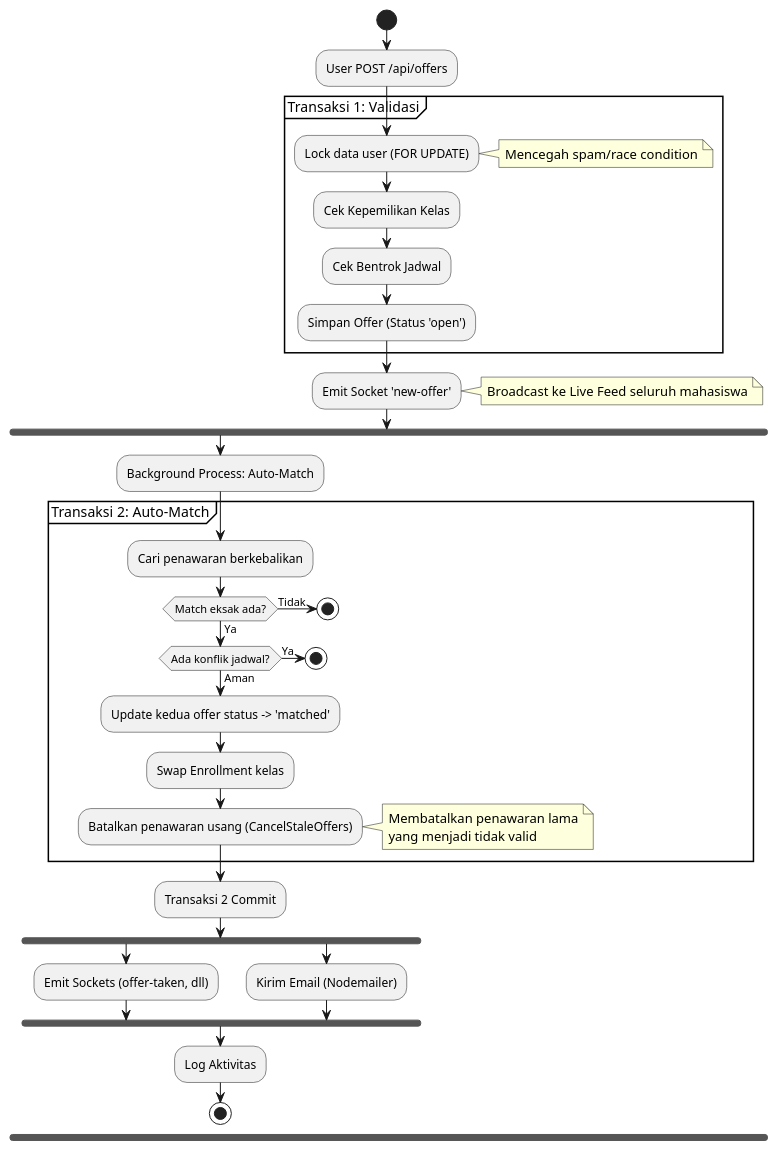
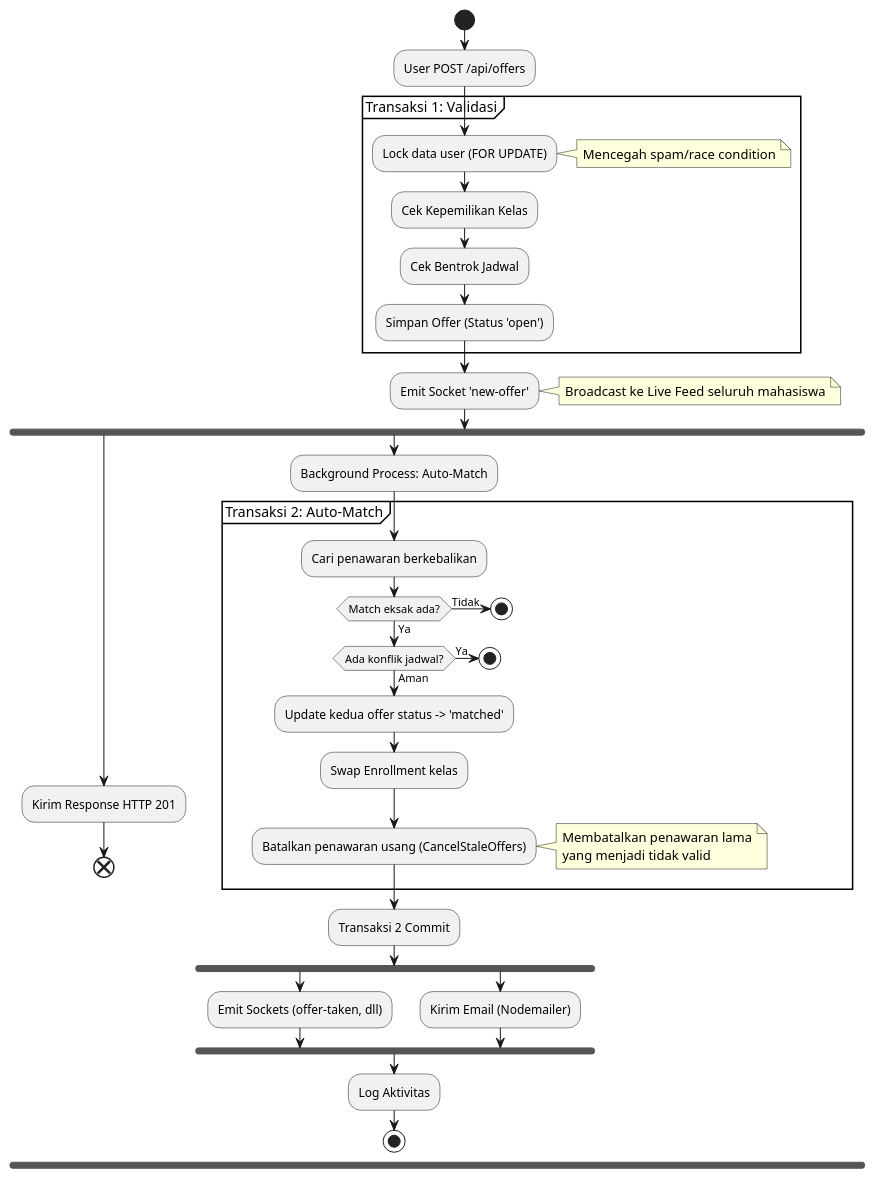
The third of 4 diagrams in laporan_akhir_bab_3_barter.md (gimigkk/KRSwitch-backend), drawn with PlantUML before and after one commit. The commit also changed other lines of this file, not shown here.

````diff
--- a/laporan_akhir_bab_3_barter.md
+++ b/laporan_akhir_bab_3_barter.md
@@ -144,41 +143,44 @@
 ```plantuml
 @startuml
 start
 :User POST /api/offers;
 partition "Transaksi 1: Validasi" {
   :Lock data user (FOR UPDATE);
   note right: Mencegah spam/race condition
   :Cek Kepemilikan Kelas;
   :Cek Bentrok Jadwal;
   :Simpan Offer (Status 'open');
 }
 :Emit Socket 'new-offer';
 note right: Broadcast ke Live Feed seluruh mahasiswa
 fork
+  :Kirim Response HTTP 201;
+  end
+fork again
   :Background Process: Auto-Match;
   partition "Transaksi 2: Auto-Match" {
     :Cari penawaran berkebalikan;
     if (Match eksak ada?) then (Ya)
       if (Ada konflik jadwal?) then (Ya)
         stop
       else (Aman)
         :Update kedua offer status -> 'matched';
         :Swap Enrollment kelas;
         :Batalkan penawaran usang (CancelStaleOffers);
         note right: Membatalkan penawaran lama\nyang menjadi tidak valid
       endif
     else (Tidak)
       stop
     endif
   }
   :Transaksi 2 Commit;
   fork
     :Emit Sockets (offer-taken, dll);
   fork again
     :Kirim Email (Nodemailer);
   end fork
   :Log Aktivitas;
   stop
 end fork
 @enduml
 ```
````
